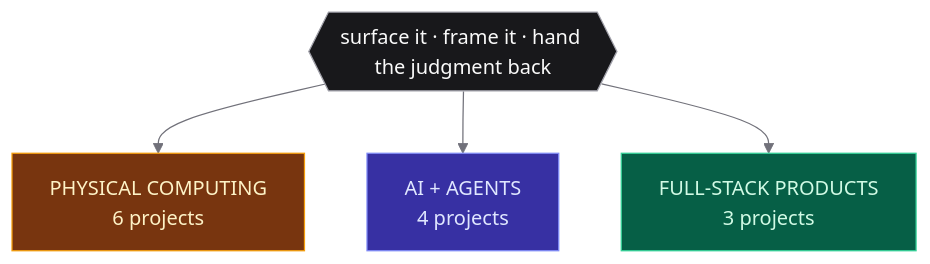
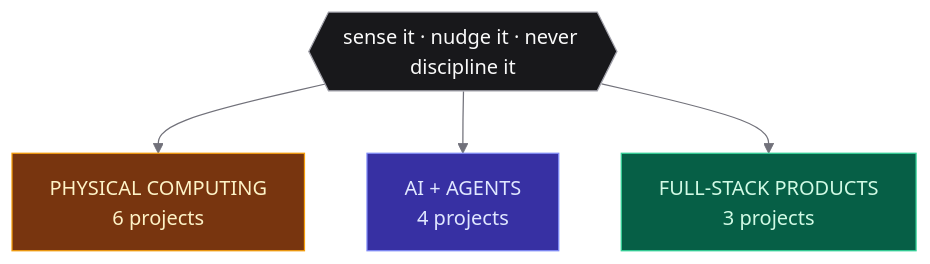
One commit to Daidai1031/daidai1031 changed the diagram in README.md. Above: the diagram before and after it, drawn with Mermaid. The commit also changed other lines of this file, not shown here.

````diff
--- a/README.md
+++ b/README.md
@@ -20,13 +20,13 @@
 ```mermaid
 %%{init: {'theme':'base','themeVariables':{'lineColor':'#71717A','primaryColor':'#27272A','primaryTextColor':'#E4E4E7','primaryBorderColor':'#3F3F46'}}}%%
 flowchart TB
-    T{{"surface it · frame it · hand the judgment back"}}:::thesis
+    T{{"sense it · nudge it · never discipline it"}}:::thesis
     T --> DEV["PHYSICAL COMPUTING<br/>6 projects"]:::devCat
     T --> AIS["AI + AGENTS<br/>4 projects"]:::aiCat
     T --> WEB["FULL-STACK PRODUCTS<br/>3 projects"]:::webCat
 
     classDef thesis fill:#18181B,stroke:#A1A1AA,color:#FAFAFA
     classDef devCat fill:#78350F,stroke:#F59E0B,color:#FEF3C7
     classDef aiCat fill:#3730A3,stroke:#818CF8,color:#E0E7FF
     classDef webCat fill:#065F46,stroke:#34D399,color:#D1FAE5
 ```
````
